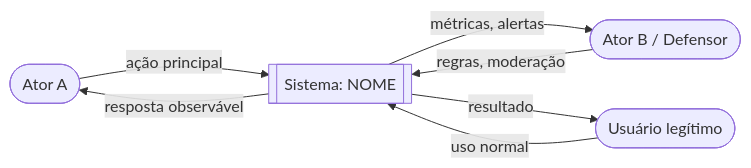
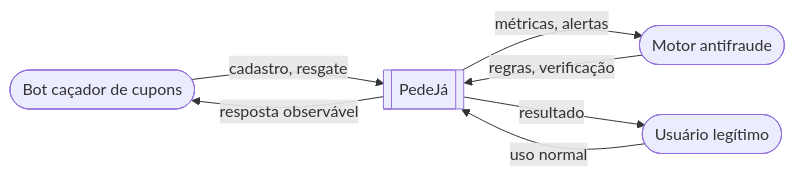
The diagram in diagramas/contexto.mmd (ariessa-velasques/trabalho-adversarial), drawn with Mermaid before and after one commit. The commit also changed 1 other file, not shown here.

Commit message:
ajusta jogadores para agentes de software (bot x motor antifraude), como o professor pediu

```diff
--- a/diagramas/contexto.mmd
+++ b/diagramas/contexto.mmd
@@ -1,9 +1,9 @@
 %% Diagrama de contexto — Responsável: Ariessa
 %% Exportar: npx -p @mermaid-js/mermaid-cli mmdc -i contexto.mmd -o contexto.png
 flowchart LR
-    A([Ator A]) -->|ação principal| S[[Sistema: NOME]]
-    B([Ator B / Defensor]) -->|regras, moderação| S
+    A([Bot caçador de cupons]) -->|cadastro, resgate| S[[PedeJá]]
+    B([Motor antifraude]) -->|regras, verificação| S
     U([Usuário legítimo]) -->|uso normal| S
     S -->|resposta observável| A
     S -->|métricas, alertas| B
     S -->|resultado| U
```
